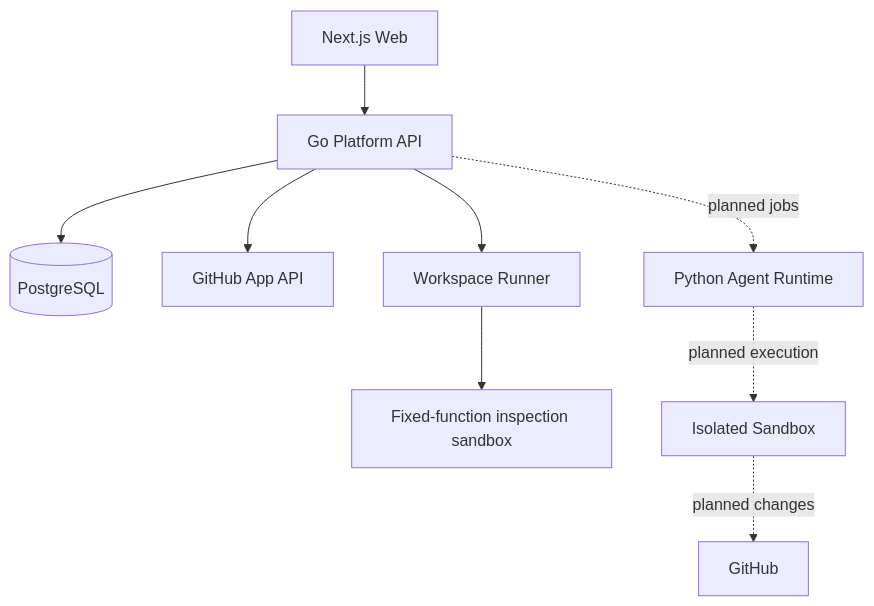
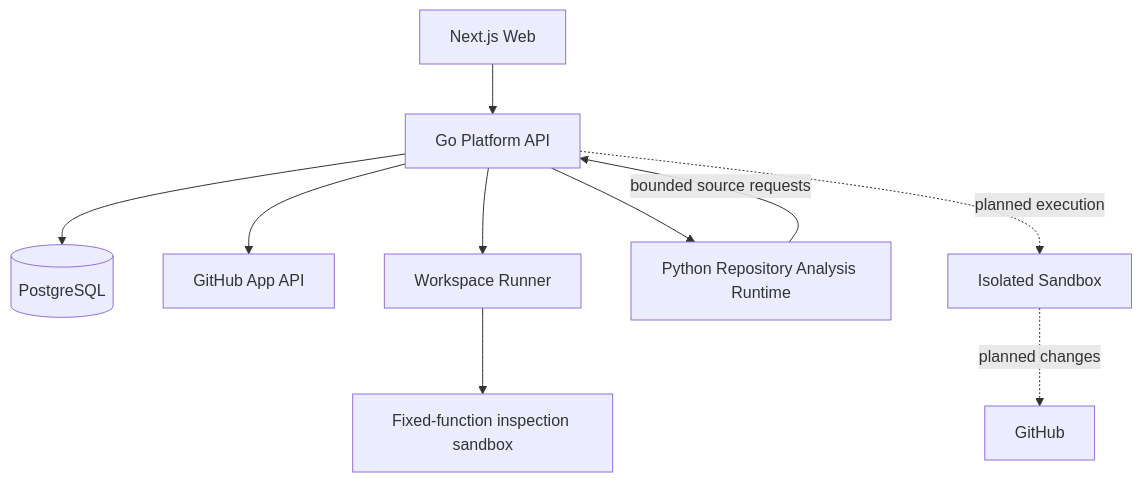
Before and after one commit to zaidhashmi/devpilot: the second of 2 diagrams in README.md, drawn with Mermaid. The commit also changed other lines of this file and 64 other files, not shown here.

Commit message:
feat: add evidence-backed repository analysis agent (#5)

````diff
--- a/README.md
+++ b/README.md
@@ -50,11 +54,12 @@
 ```mermaid
 flowchart TD
     Web[Next.js Web] --> API[Go Platform API]
     API --> PostgreSQL[(PostgreSQL)]
     API --> GitHubApp[GitHub App API]
     API --> Runner[Workspace Runner]
     Runner --> Inspector[Fixed-function inspection sandbox]
-    API -. planned jobs .-> Runtime[Python Agent Runtime]
-    Runtime -. planned execution .-> Sandbox[Isolated Sandbox]
+    API --> Runtime[Python Repository Analysis Runtime]
+    Runtime -->|bounded source requests| API
+    API -. planned execution .-> Sandbox[Isolated Sandbox]
     Sandbox -. planned changes .-> GitHub[GitHub]
 ```
````
